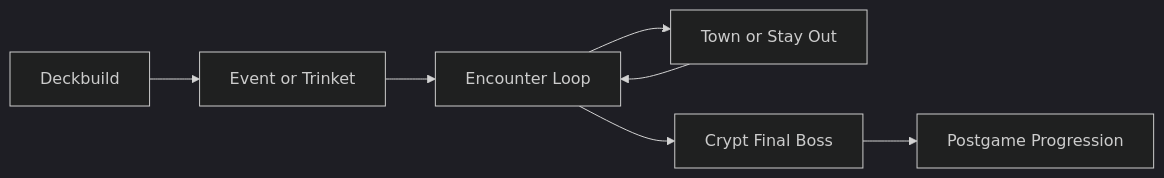
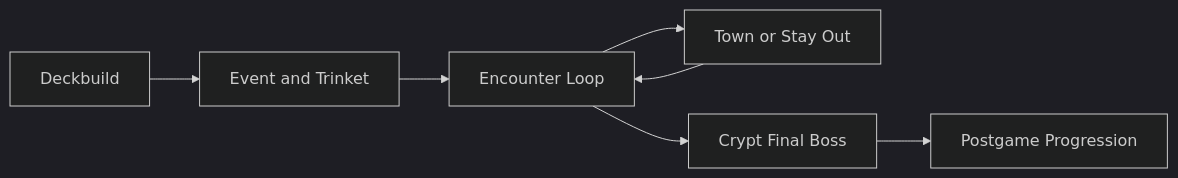
One commit to zkzeroxvirus/MTGR-Rules changed the diagram in README.md. Above: the diagram before and after it, drawn with Mermaid (dark theme). The commit also changed other lines of this file and 8 other files, not shown here.

````diff
--- a/README.md
+++ b/README.md
@@ -27,9 +27,9 @@
 ```mermaid
 flowchart LR
-	A[Deckbuild] --> B[Event or Trinket]
+		A[Deckbuild] --> B[Event and Trinket]
 	B --> C[Encounter Loop]
 	C --> D[Town or Stay Out]
 	D --> C
 	C --> E[Crypt Final Boss]
 	E --> F[Postgame Progression]
 ```
````
